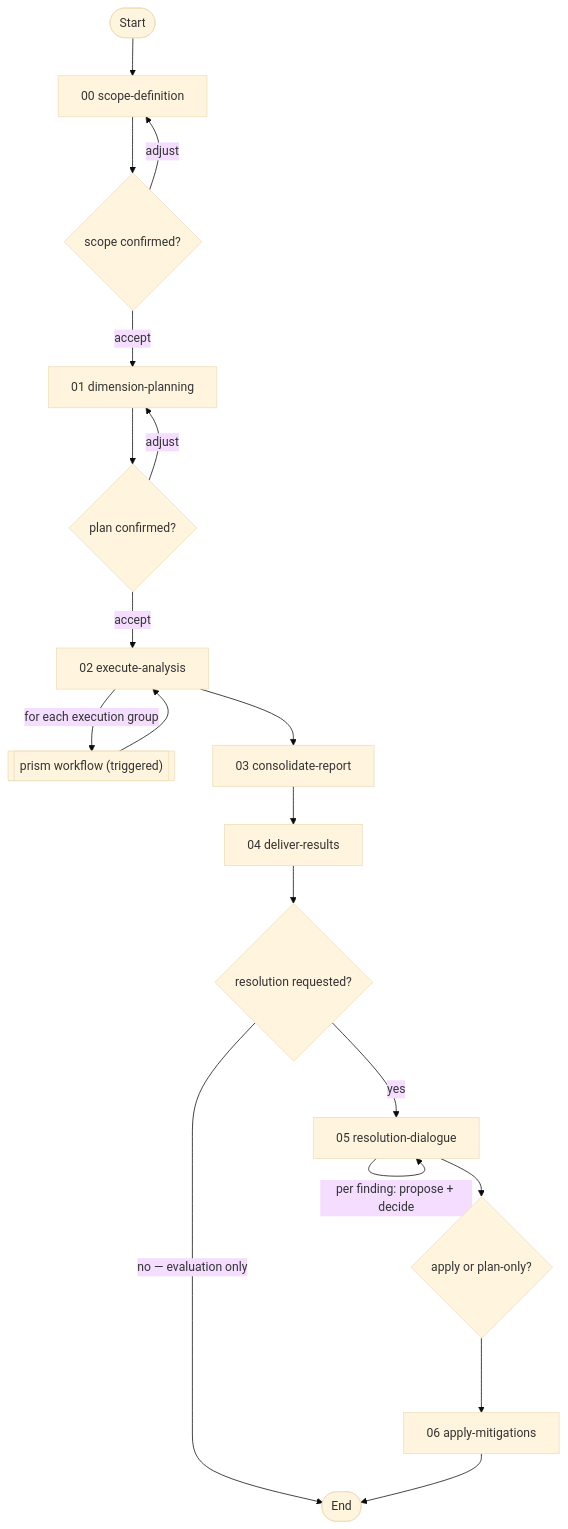
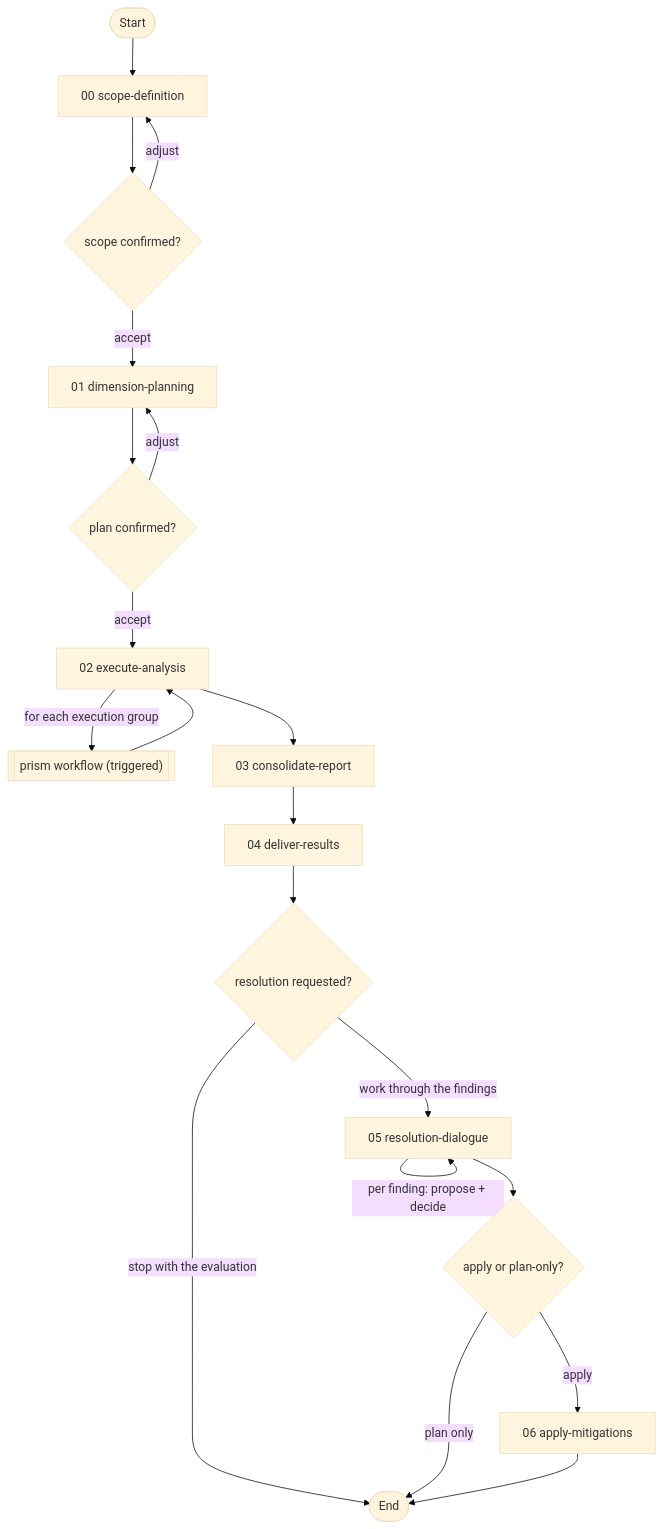
The first of 2 diagrams in prism-evaluate/README.md (m2ux/workflow-server), drawn with Mermaid (base theme) before and after one commit. The commit also changed other lines of this file and 7 other files, not shown here.

````diff
--- a/prism-evaluate/README.md
+++ b/prism-evaluate/README.md
@@ -25,25 +25,26 @@
 ```mermaid
 graph TD
     Start([Start]) --> SD["00 scope-definition"]
     SD --> CS{"scope confirmed?"}
     CS -->|"adjust"| SD
     CS -->|"accept"| DP["01 dimension-planning"]
 
     DP --> CP{"plan confirmed?"}
     CP -->|"adjust"| DP
     CP -->|"accept"| EA["02 execute-analysis"]
 
     EA -->|"for each execution group"| PRISM[["prism workflow (triggered)"]]
     PRISM --> EA
     EA --> CR["03 consolidate-report"]
     CR --> DR["04 deliver-results"]
 
     DR --> RO{"resolution requested?"}
-    RO -->|"no — evaluation only"| Done([End])
-    RO -->|"yes"| RES["05 resolution-dialogue"]
+    RO -->|"stop with the evaluation"| Done([End])
+    RO -->|"work through the findings"| RES["05 resolution-dialogue"]
 
     RES -->|"per finding: propose + decide"| RES
     RES --> AC{"apply or plan-only?"}
-    AC --> AM["06 apply-mitigations"]
+    AC -->|"apply"| AM["06 apply-mitigations"]
+    AC -->|"plan only"| Done
     AM --> Done
 ```
````
